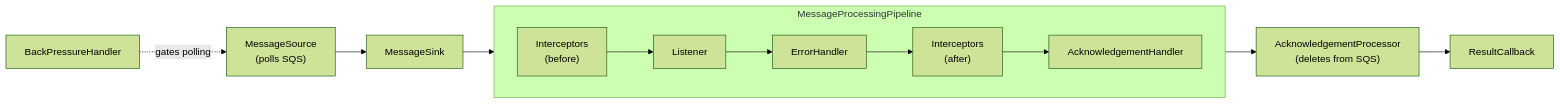
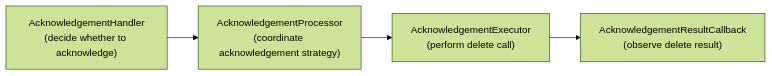
The fifth of 5 diagrams in posts/from-sqslistener-to-your-method/from-sqslistener-to-your-method.md (tomazfernandes/tomazfernandes-dev), drawn with Mermaid (forest theme) before and after one commit. The commit also changed other lines of this file and 21 other files, not shown here.

````diff
--- a/posts/from-sqslistener-to-your-method/from-sqslistener-to-your-method.md
+++ b/posts/from-sqslistener-to-your-method/from-sqslistener-to-your-method.md
@@ -54,15 +181,6 @@
 ```mermaid
 flowchart LR
-    BP["BackPressureHandler"] -.->|"gates polling"| MS
-    MS["MessageSource\n(polls SQS)"] --> MK["MessageSink"]
-    MK --> P
-    subgraph P ["MessageProcessingPipeline"]
-        direction LR
-        I1["Interceptors\n(before)"] --> L["Listener"]
-        L --> EH["ErrorHandler"]
-        EH --> I2["Interceptors\n(after)"]
-        I2 --> AH["AcknowledgementHandler"]
-    end
-    P --> AP["AcknowledgementProcessor\n(deletes from SQS)"]
-    AP --> AC["ResultCallback"]
+    AH["AcknowledgementHandler\n(decide whether to acknowledge)"] --> AP["AcknowledgementProcessor\n(coordinate acknowledgement strategy)"]
+    AP --> AE["AcknowledgementExecutor\n(perform delete call)"]
+    AE --> AC["AcknowledgementResultCallback\n(observe delete result)"]
 ```
````
